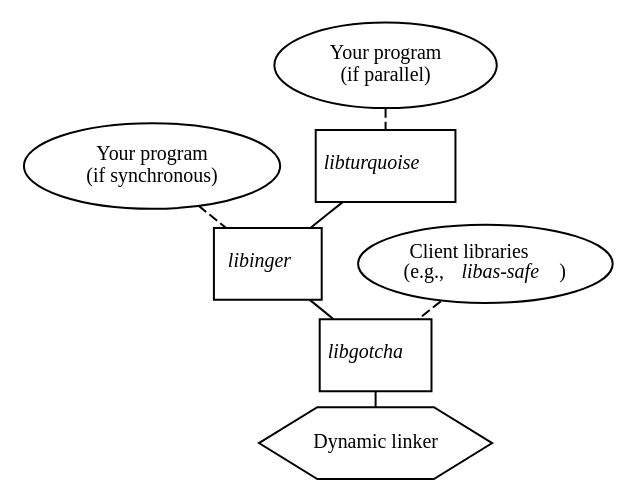
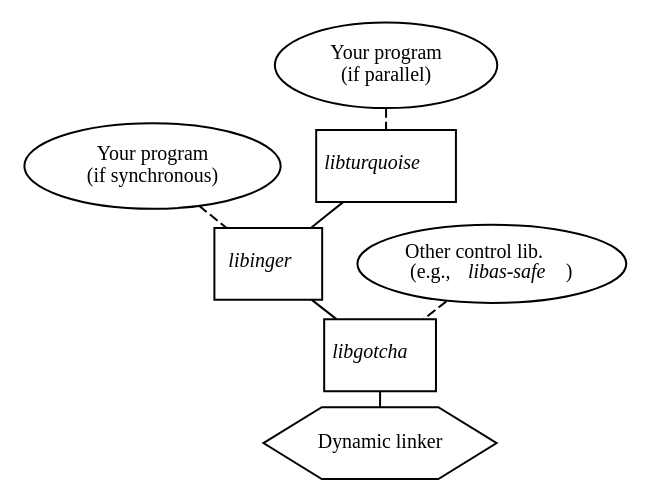
Before and after one commit to solb/thesis: the diagram in figs/architecture.dot, drawn with Graphviz.

Commit message:
figs/architecture.dot: Banish the term "client library" altogether in favor of "control library"

```diff
--- a/figs/architecture.dot
+++ b/figs/architecture.dot
@@ -1,36 +1,36 @@
 strict graph {
 	margin=0;
 	ranksep=0;
 
 	node [fontsize=10,margin=0.05];
 
 	{
 		node [shape=oval];
 
 		serialclient [label="Your program\n(if synchronous)"];
 		parallelclient [label="Your program\n(if parallel)"];
-		libassafe [label=<Client libraries<br/>(e.g., <i>libas-safe</i>)>];
+		libassafe [label=<Other control lib.<br/>(e.g., <i>libas-safe</i>)>];
 	}
 
 	{
 		node [shape=box];
 
 		libturquoise [label=<<i>libturquoise</i>>];
 		libinger [label=<<i>libinger</i>>];
 		libgotcha [label=<<i>libgotcha</i>>];
 	}
 
 	rtld [shape=hexagon,label="Dynamic linker"];
 
 	libturquoise -- libinger;
 	libinger -- libgotcha;
 	libgotcha -- rtld;
 
 	{
 		edge [style=dashed];
 
 		serialclient -- libinger;
 		parallelclient -- libturquoise;
 		libassafe -- libgotcha;
 	}
 }
```
